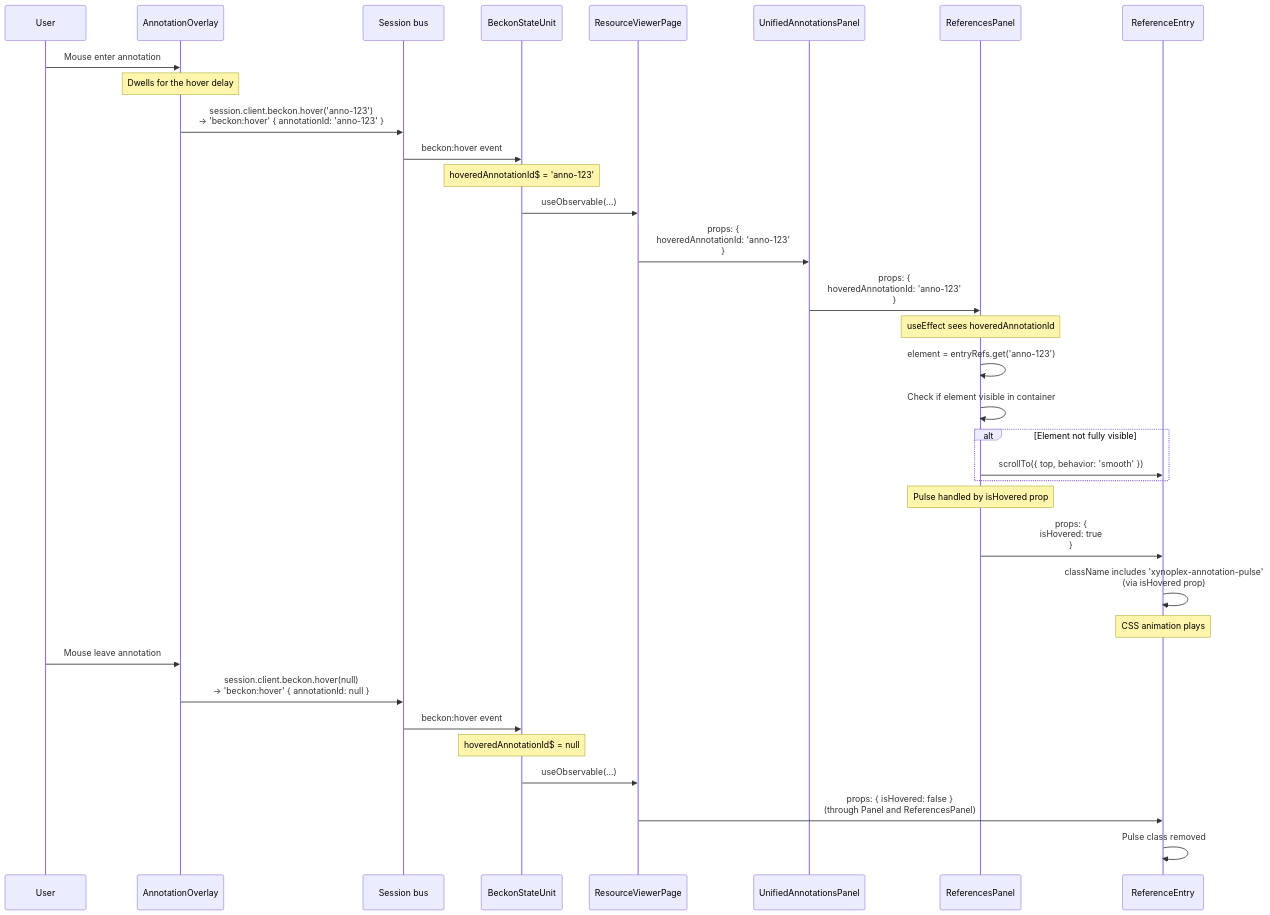
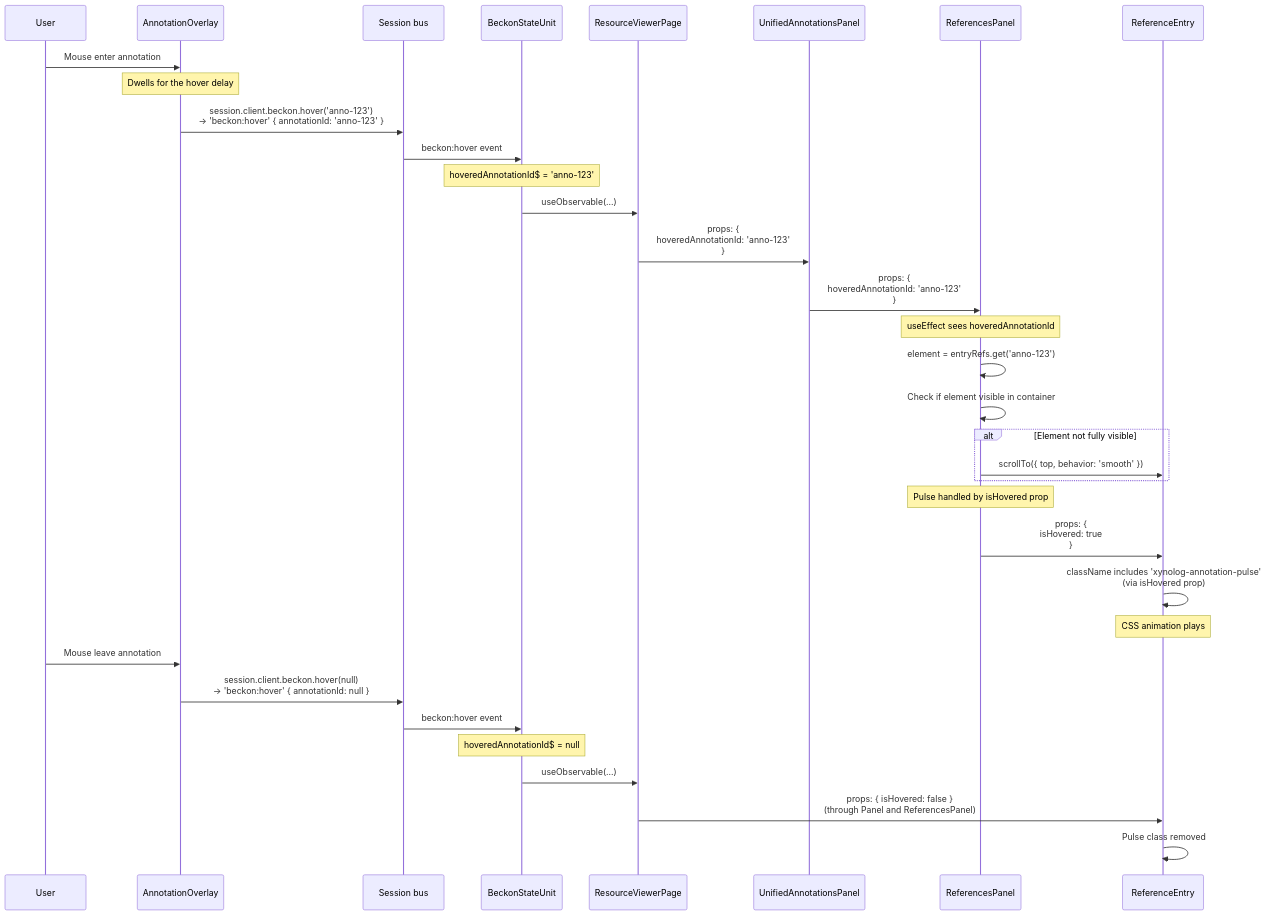
The second of 3 diagrams in typescript/react-ui/docs/ANNOTATION-CLICK.md (Xynoplex/sdk), drawn with Mermaid before and after one commit. The commit also changed other lines of this file and 3444 other files, not shown here.

First line of the commit message:
Rename Xynoplex and Semiont to Xynolog

````diff
--- a/typescript/react-ui/docs/ANNOTATION-CLICK.md
+++ b/typescript/react-ui/docs/ANNOTATION-CLICK.md
@@ -186,48 +186,48 @@
 ```mermaid
 sequenceDiagram
     participant User
     participant Overlay as AnnotationOverlay
     participant Bus as Session bus
     participant Beckon as BeckonStateUnit
     participant Page as ResourceViewerPage
     participant Panel as UnifiedAnnotationsPanel
     participant Specific as ReferencesPanel
     participant Entry as ReferenceEntry
 
     User->>Overlay: Mouse enter annotation
     Note over Overlay: Dwells for the hover delay
     Overlay->>Bus: session.client.beckon.hover('anno-123')<br/>→ 'beckon:hover' { annotationId: 'anno-123' }
     Bus->>Beckon: beckon:hover event
 
     Note over Beckon: hoveredAnnotationId$ = 'anno-123'
 
     Beckon->>Page: useObservable(...)
     Page->>Panel: props: {<br/>  hoveredAnnotationId: 'anno-123'<br/>}
     Panel->>Specific: props: {<br/>  hoveredAnnotationId: 'anno-123'<br/>}
 
     Note over Specific: useEffect sees hoveredAnnotationId
 
     Specific->>Specific: element = entryRefs.get('anno-123')
     Specific->>Specific: Check if element visible in container
 
     alt Element not fully visible
         Specific->>Entry: scrollTo({ top, behavior: 'smooth' })
     end
 
     Note over Specific: Pulse handled by isHovered prop
 
     Specific->>Entry: props: {<br/>  isHovered: true<br/>}
-    Entry->>Entry: className includes 'xynoplex-annotation-pulse'<br/>(via isHovered prop)
+    Entry->>Entry: className includes 'xynolog-annotation-pulse'<br/>(via isHovered prop)
 
     Note over Entry: CSS animation plays
 
     User->>Overlay: Mouse leave annotation
     Overlay->>Bus: session.client.beckon.hover(null)<br/>→ 'beckon:hover' { annotationId: null }
     Bus->>Beckon: beckon:hover event
 
     Note over Beckon: hoveredAnnotationId$ = null
 
     Beckon->>Page: useObservable(...)
     Page->>Entry: props: { isHovered: false }<br/>(through Panel and ReferencesPanel)
     Entry->>Entry: Pulse class removed
 ```
````
